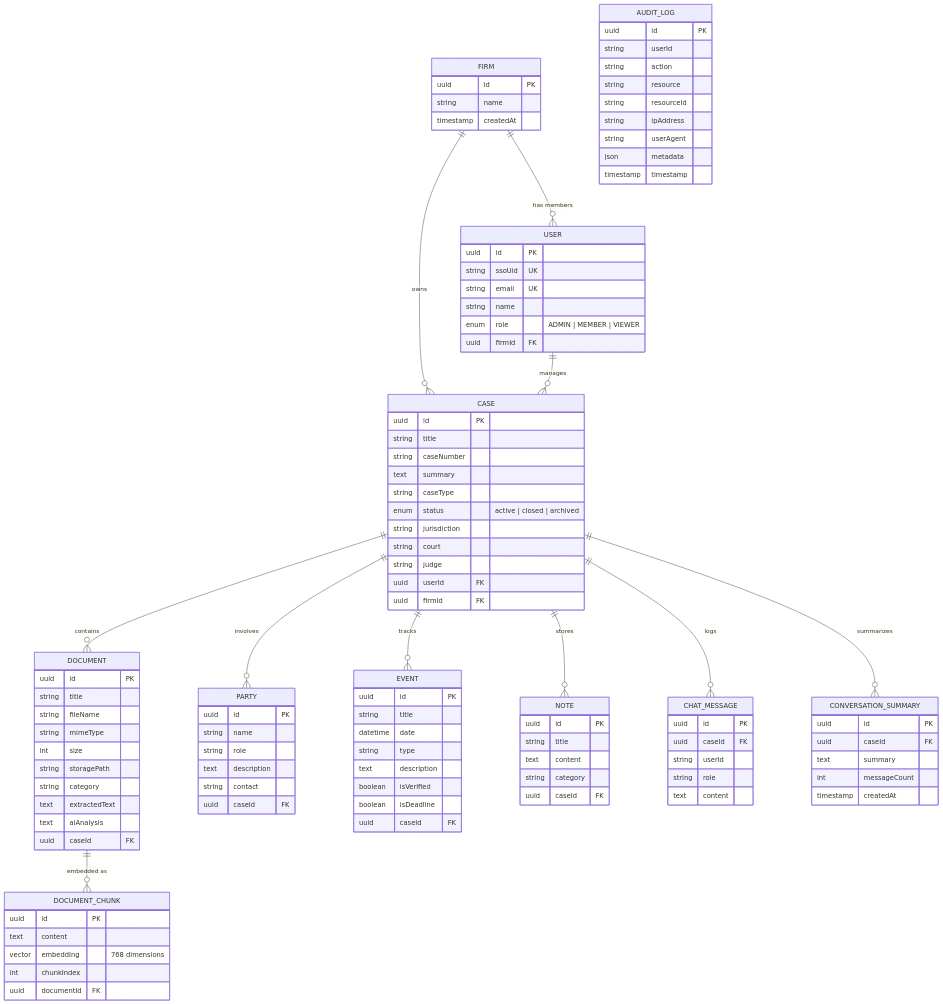
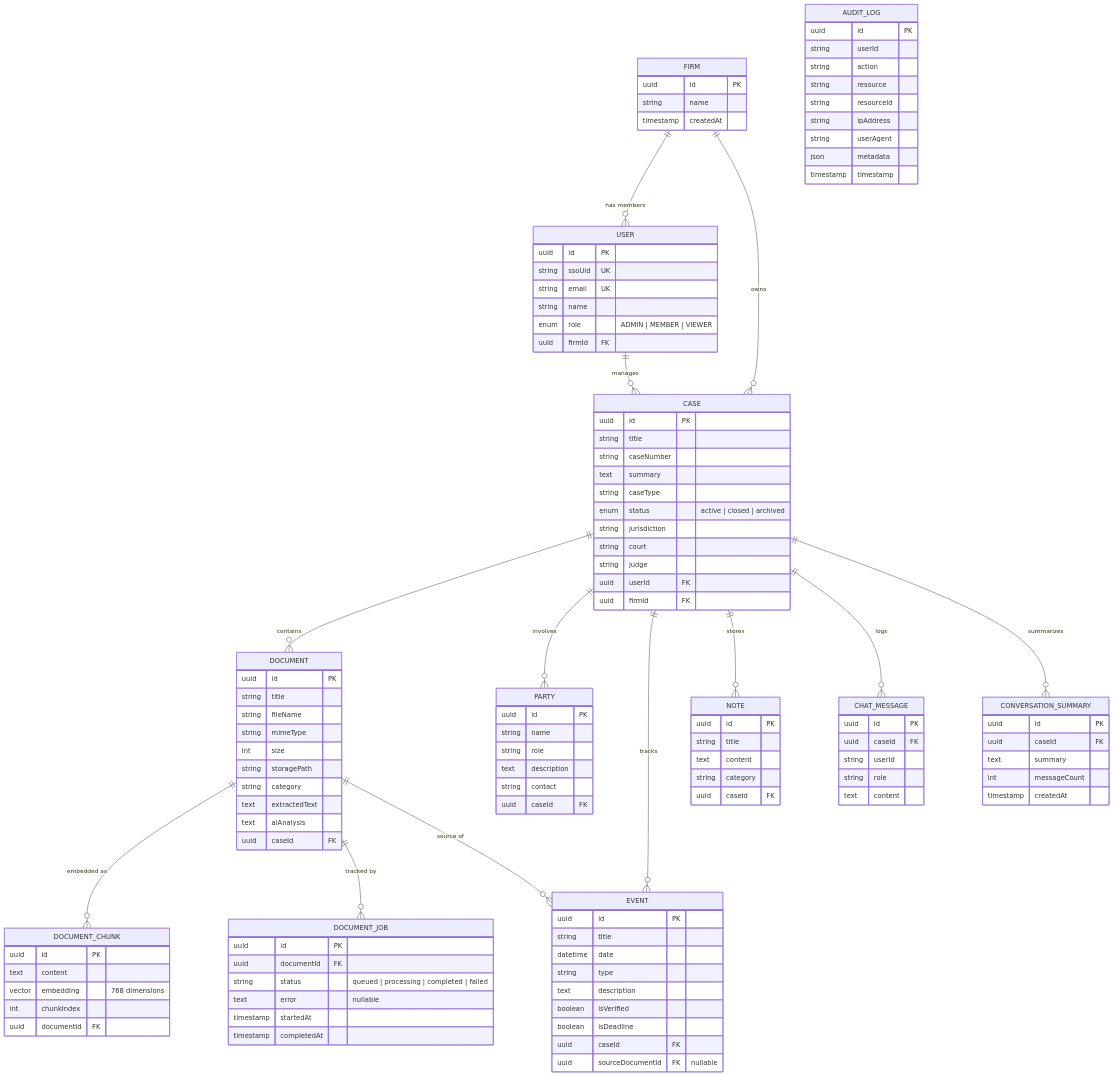
The sixth of 11 diagrams in ARCHITECTURE.md (EolaFam1828/AetherLegalIntelligence), drawn with Mermaid before and after one commit. The commit also changed other lines of this file and 2 other files, not shown here.

First line of the commit message:
Update docs for v2.2.0: executive brief, job tracking, source traceability, Zod validation

```diff
--- a/ARCHITECTURE.md
+++ b/ARCHITECTURE.md
@@ -218,6 +219,8 @@
     CASE ||--o{ CHAT_MESSAGE : "logs"
     CASE ||--o{ CONVERSATION_SUMMARY : "summarizes"
     DOCUMENT ||--o{ DOCUMENT_CHUNK : "embedded as"
+    DOCUMENT ||--o{ DOCUMENT_JOB : "tracked by"
+    DOCUMENT ||--o{ EVENT : "source of"
 
     FIRM {
         uuid id PK
@@ -287,6 +290,16 @@
         boolean isVerified
         boolean isDeadline
         uuid caseId FK
+        uuid sourceDocumentId FK "nullable"
+    }
+
+    DOCUMENT_JOB {
+        uuid id PK
+        uuid documentId FK
+        string status "queued | processing | completed | failed"
+        text error "nullable"
+        timestamp startedAt
+        timestamp completedAt
     }
 
     NOTE {
```
